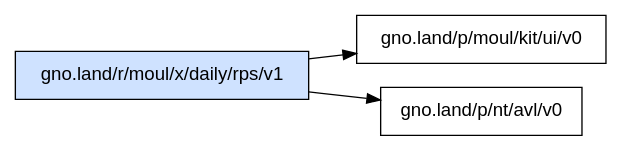
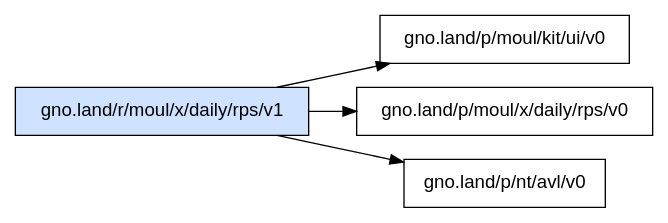
The diagram in _assets/gno.land/r/moul/x/daily/rps/v1/deps.dot (moul/gno-contracts), drawn with Graphviz before and after one commit. The commit also changed 23 other files, not shown here.

Commit message:
chore: regenerate catalog, graphs and on-chain status [skip ci]

```diff
--- a/_assets/gno.land/r/moul/x/daily/rps/v1/deps.dot
+++ b/_assets/gno.land/r/moul/x/daily/rps/v1/deps.dot
@@ -1,7 +1,8 @@
 digraph deps {
   rankdir=LR;
   node [shape=box, fontname="sans-serif"];
   "gno.land/r/moul/x/daily/rps/v1" [style=filled, fillcolor="#cfe2ff"];
   "gno.land/r/moul/x/daily/rps/v1" -> "gno.land/p/moul/kit/ui/v0";
+  "gno.land/r/moul/x/daily/rps/v1" -> "gno.land/p/moul/x/daily/rps/v0";
   "gno.land/r/moul/x/daily/rps/v1" -> "gno.land/p/nt/avl/v0";
 }
```
